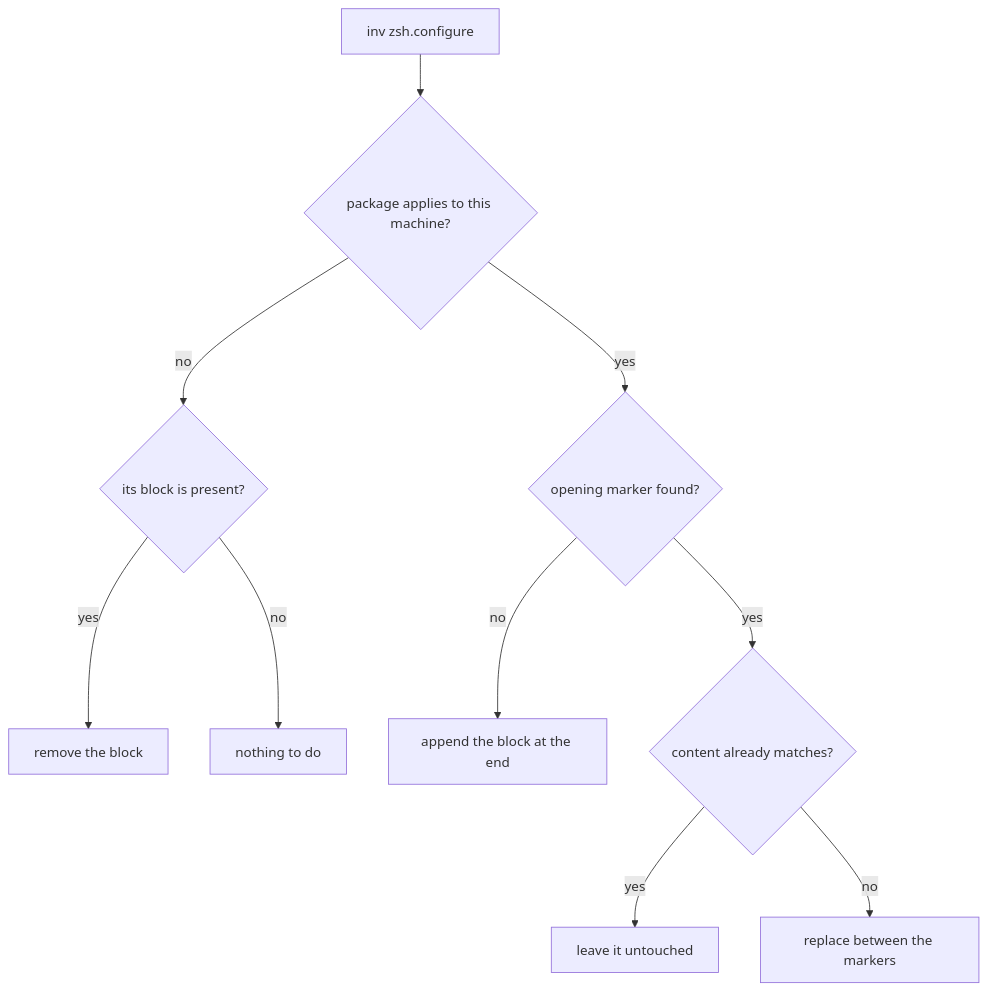
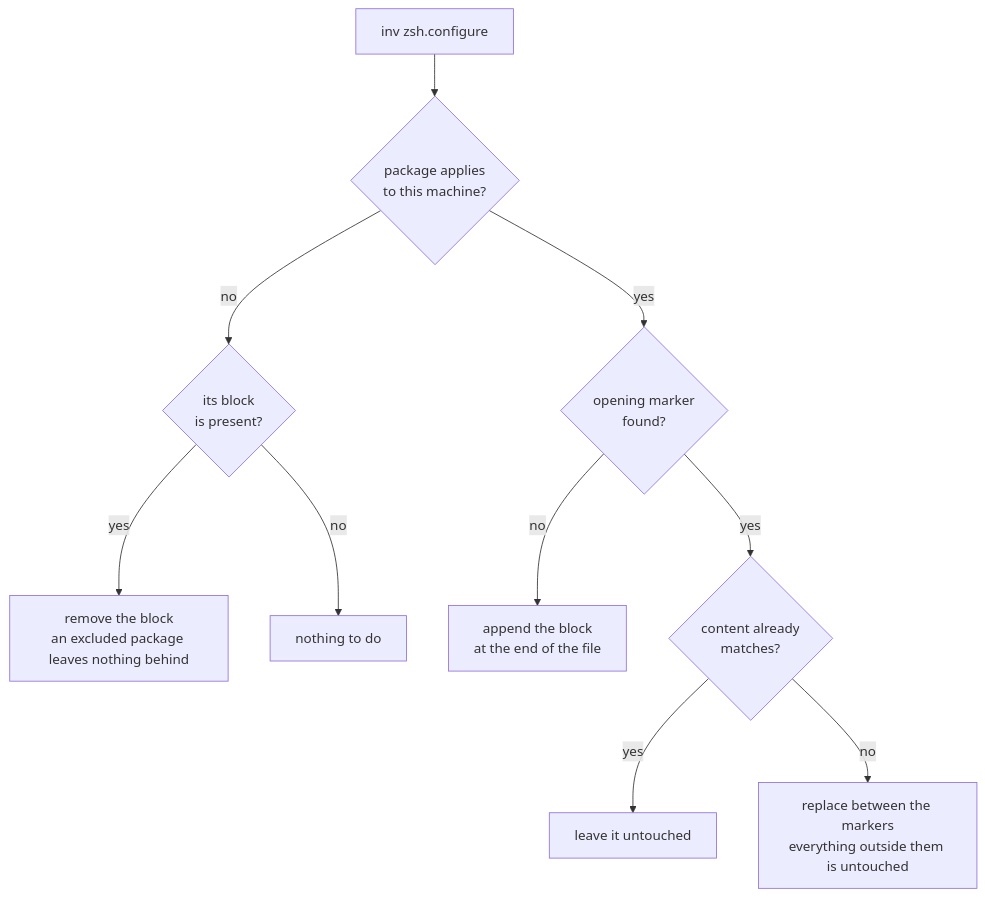
Before and after one commit to TheodoreAD/power-user-linux-setup: the first of 3 diagrams in docs/configuration.md, drawn with Mermaid. The commit also changed other lines of this file and 1 other file, not shown here.

First line of the commit message:
docs: put the line breaks back in the diagram labels

````diff
--- a/docs/configuration.md
+++ b/docs/configuration.md
@@ -32,12 +32,12 @@
 ```mermaid
 flowchart TD
-    run["inv zsh.configure"] --> applies{"package applies to this machine?"}
-    applies -- no --> present{"its block is present?"}
-    present -- yes --> remove["remove the block"]
+    run["inv zsh.configure"] --> applies{"package applies<br/>to this machine?"}
+    applies -- no --> present{"its block<br/>is present?"}
+    present -- yes --> remove["remove the block<br/>an excluded package leaves nothing behind"]
     present -- no --> nothing["nothing to do"]
-    applies -- yes --> found{"opening marker found?"}
-    found -- no --> append["append the block at the end"]
-    found -- yes --> same{"content already matches?"}
+    applies -- yes --> found{"opening marker<br/>found?"}
+    found -- no --> append["append the block<br/>at the end of the file"]
+    found -- yes --> same{"content already<br/>matches?"}
     same -- yes --> leave["leave it untouched"]
-    same -- no --> replace["replace between the markers"]
+    same -- no --> replace["replace between the markers<br/>everything outside them is untouched"]
 ```
````
